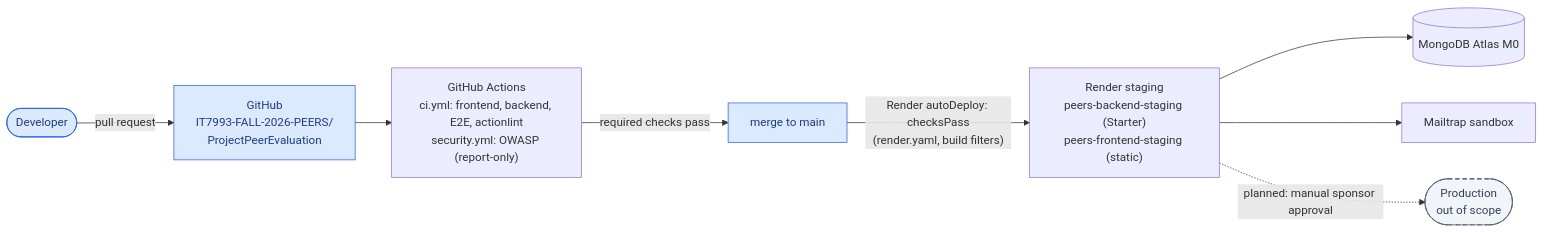
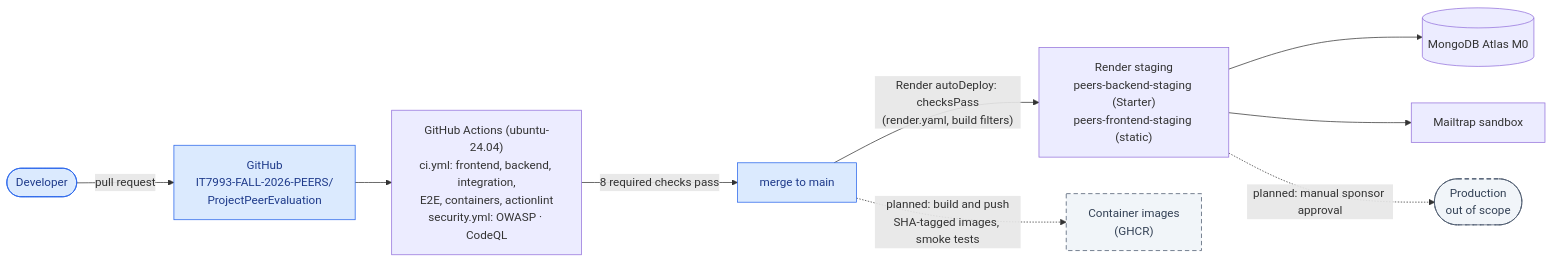
The fifth of 5 diagrams in docs/architecture/system-architecture.md (IT7993-FALL-2026-PEERS/ProjectPeerEvaluation), drawn with Mermaid before and after one commit. The commit also changed other lines of this file and 2 other files, not shown here.

First line of the commit message:
Refresh the README and the architecture charts

````diff
--- a/docs/architecture/system-architecture.md
+++ b/docs/architecture/system-architecture.md
@@ -228,15 +228,16 @@
 ```mermaid
 flowchart LR
     DEV(["Developer"]) -->|pull request| GH["GitHub<br/>IT7993-FALL-2026-PEERS/<br/>ProjectPeerEvaluation"]
-    GH --> CI["GitHub Actions<br/>ci.yml: frontend, backend, E2E, actionlint<br/>security.yml: OWASP (report-only)"]
-    CI -->|required checks pass| MAIN["merge to main"]
+    GH --> CI["GitHub Actions (ubuntu-24.04)<br/>ci.yml: frontend, backend, integration,<br/>E2E, containers, actionlint<br/>security.yml: OWASP · CodeQL"]
+    CI -->|"8 required checks pass"| MAIN["merge to main"]
     MAIN -->|"Render autoDeploy: checksPass<br/>(render.yaml, build filters)"| STG["Render staging<br/>peers-backend-staging (Starter)<br/>peers-frontend-staging (static)"]
     STG --> ATLAS[("MongoDB Atlas M0")]
     STG --> MT["Mailtrap sandbox"]
     STG -. "planned: manual sponsor approval" .-> PROD(["Production<br/>out of scope"])
+    MAIN -. "planned: build and push<br/>SHA-tagged images, smoke tests" .-> IMG["Container images<br/>(GHCR)"]
 
     classDef ep fill:#dbeafe,stroke:#2563eb,color:#1e3a8a
     classDef plan fill:#f1f5f9,stroke:#475569,color:#334155,stroke-dasharray: 6 4
     class DEV,GH,MAIN ep
-    class PROD plan
+    class PROD,IMG plan
 ```
````
